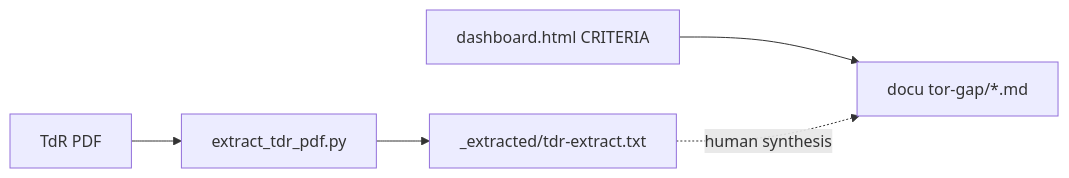
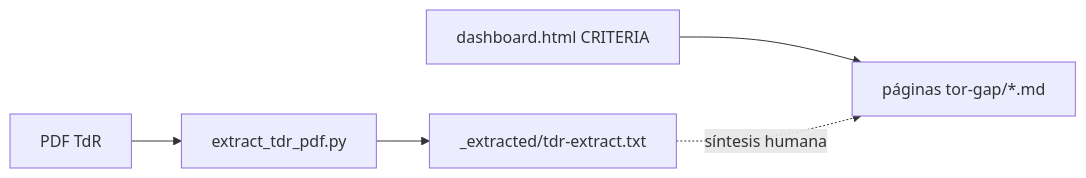
The diagram in docs/tor-gap/index.md (13g4d0/docu-es), drawn with Mermaid before and after one commit. The commit also changed other lines of this file and 38 other files, not shown here.

````diff
--- a/docs/tor-gap/index.md
+++ b/docs/tor-gap/index.md
@@ -31,12 +31,12 @@
 ```mermaid
 flowchart LR
-  PDF[TdR PDF]
+  PDF[PDF TdR]
   EXT[extract_tdr_pdf.py]
   TXT[_extracted/tdr-extract.txt]
   DASH[dashboard.html CRITERIA]
-  DOC[docu tor-gap/*.md]
+  DOC[páginas tor-gap/*.md]
 
   PDF --> EXT --> TXT
   DASH --> DOC
-  TXT -.->|human synthesis| DOC
+  TXT -.->|síntesis humana| DOC
 ```
````
